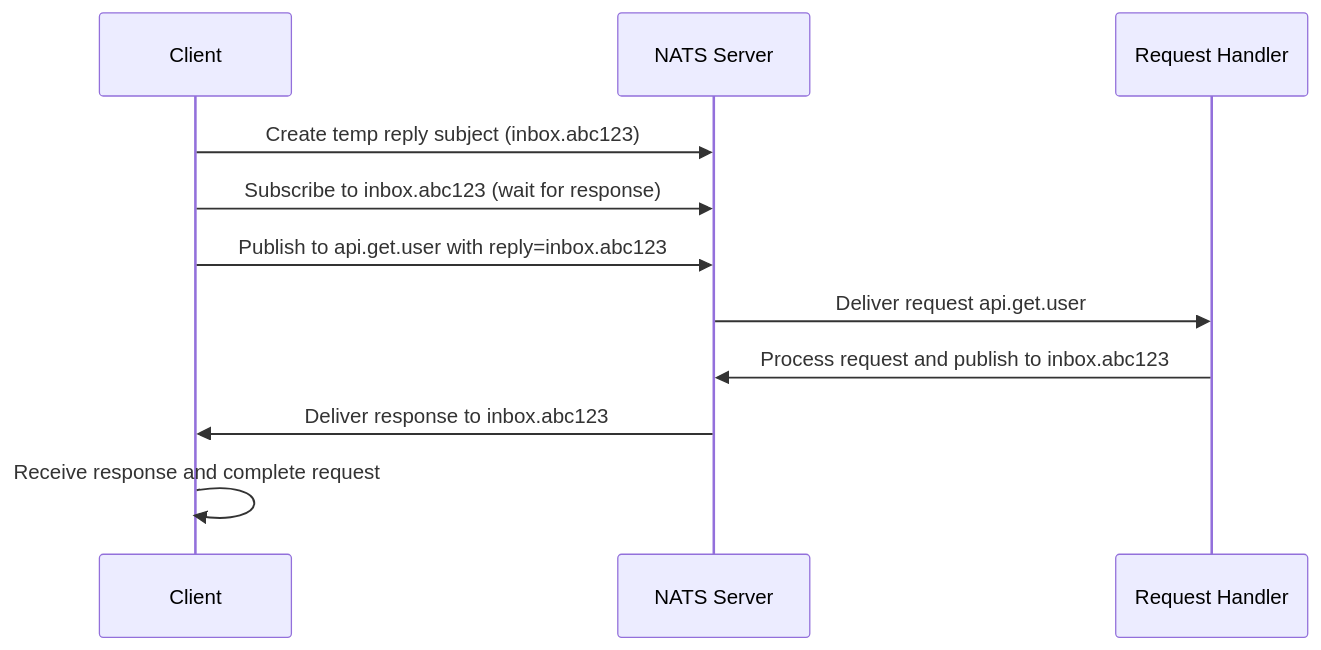
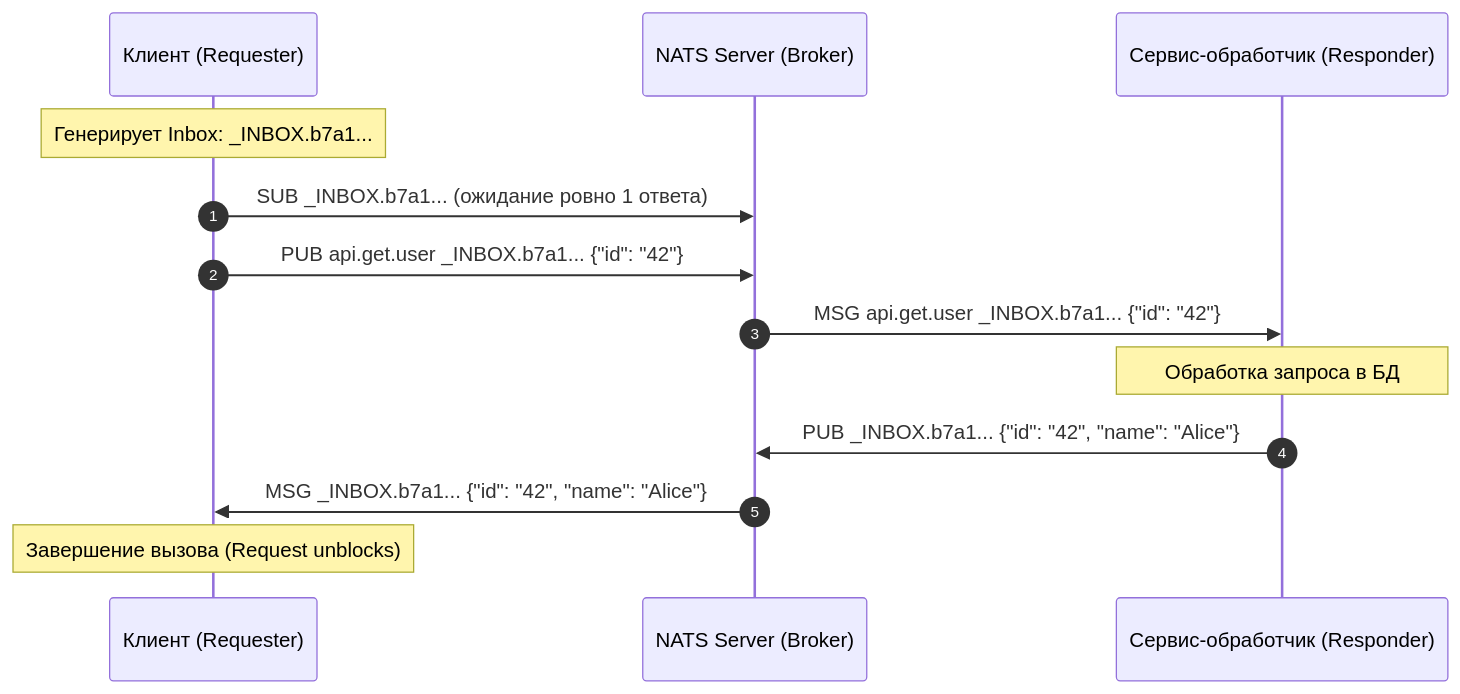
The first of 2 diagrams in sources/13. Очереди, брокеры сообщений и оркестраторы/04. NATS/4. Request Reply паттерн.md (UnrealTemplier/go-textbook), drawn with Mermaid before and after one commit. The commit also changed other lines of this file, not shown here.

Commit message:
feat(module-13): editorial rewrite of lecture 4 (Request Reply pattern) in Subsection 4 in Kernighan style

````diff
--- a/sources/13. Очереди, брокеры сообщений и оркестраторы/04. NATS/4. Request Reply паттерн.md
+++ b/sources/13. Очереди, брокеры сообщений и оркестраторы/04. NATS/4. Request Reply паттерн.md
@@ -14,14 +46,16 @@
 ```mermaid
 sequenceDiagram
-    participant C as Client
-    participant S as NATS Server
-    participant R as Request Handler
+    autonumber
+    participant C as Клиент (Requester)
+    participant N as NATS Server (Broker)
+    participant R as Сервис-обработчик (Responder)
     
-    C->>S: Create temp reply subject (inbox.abc123)
-    C->>S: Subscribe to inbox.abc123 (wait for response)
-    C->>S: Publish to api.get.user with reply=inbox.abc123
-    S->>R: Deliver request api.get.user
-    R->>S: Process request and publish to inbox.abc123
-    S->>C: Deliver response to inbox.abc123
-    C->>C: Receive response and complete request
+    Note over C: Генерирует Inbox: _INBOX.b7a1...
+    C->>N: SUB _INBOX.b7a1... (ожидание ровно 1 ответа)
+    C->>N: PUB api.get.user _INBOX.b7a1... {"id": "42"}
+    N->>R: MSG api.get.user _INBOX.b7a1... {"id": "42"}
+    Note over R: Обработка запроса в БД
+    R->>N: PUB _INBOX.b7a1... {"id": "42", "name": "Alice"}
+    N->>C: MSG _INBOX.b7a1... {"id": "42", "name": "Alice"}
+    Note over C: Завершение вызова (Request unblocks)
 ```
````
